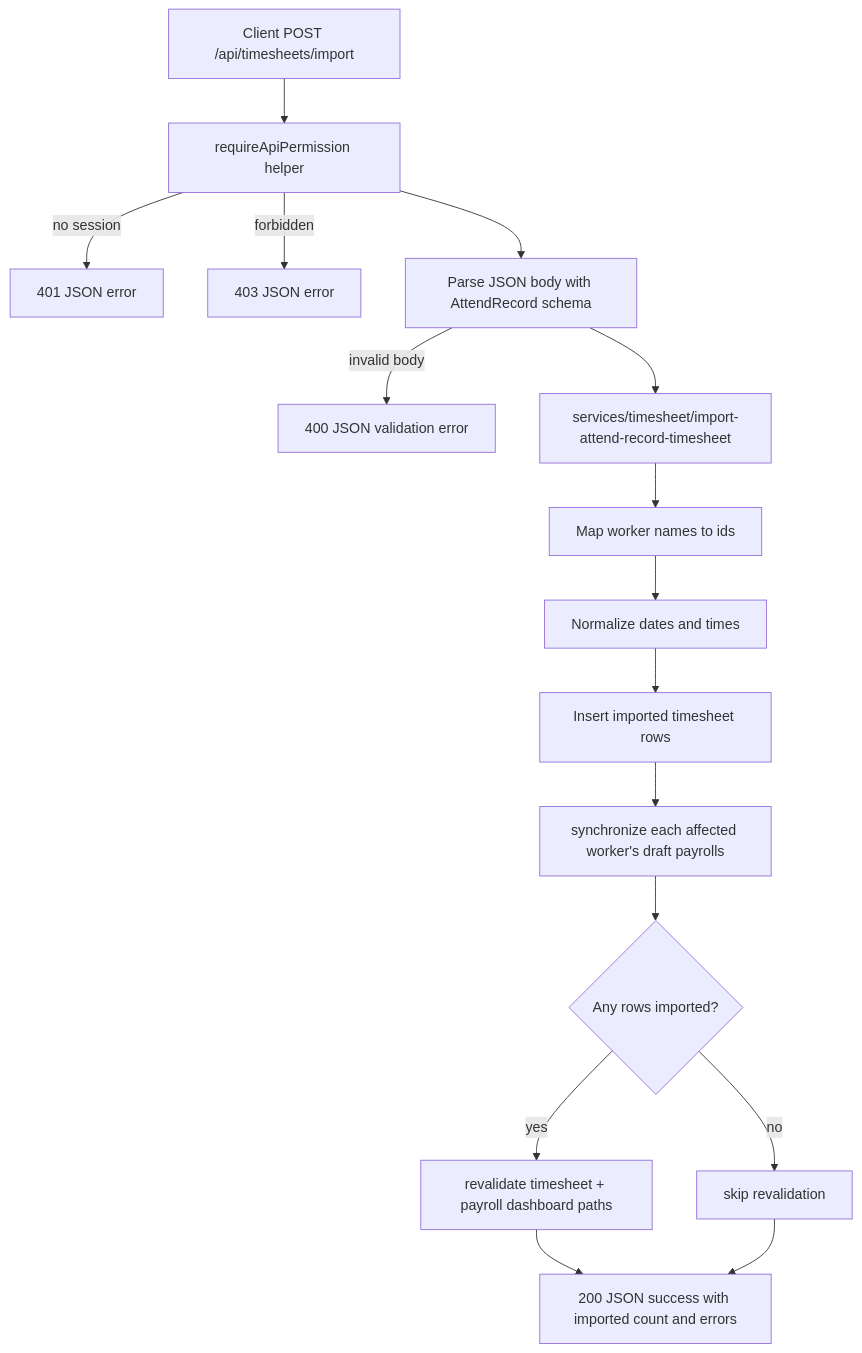
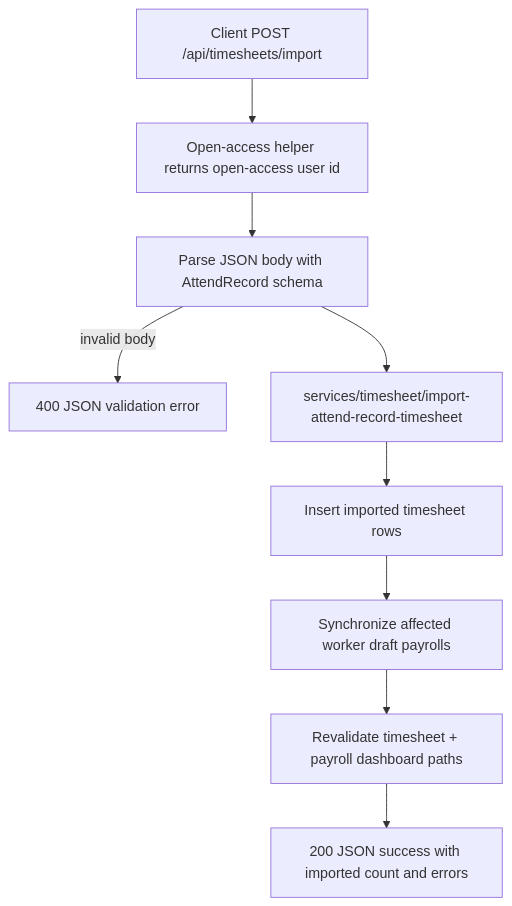
The fourth of 5 diagrams in .codex/docs/api-workflows.md (daniellim922/One-Laundry-Project-Alpha-v1), drawn with Mermaid before and after one commit. The commit also changed other lines of this file and 7 other files, not shown here.

````diff
--- a/.codex/docs/api-workflows.md
+++ b/.codex/docs/api-workflows.md
@@ -206,18 +72,11 @@
 ```mermaid
 flowchart TD
-    A[Client POST /api/timesheets/import] --> B[requireApiPermission helper]
-    B -->|no session| C[401 JSON error]
-    B -->|forbidden| D[403 JSON error]
-    B --> E[Parse JSON body with AttendRecord schema]
-    E -->|invalid body| F[400 JSON validation error]
-    E --> G[services/timesheet/import-attend-record-timesheet]
-    G --> H[Map worker names to ids]
-    H --> I[Normalize dates and times]
-    I --> J[Insert imported timesheet rows]
-    J --> K[synchronize each affected worker's draft payrolls]
-    K --> L{Any rows imported?}
-    L -->|yes| M[revalidate timesheet + payroll dashboard paths]
-    L -->|no| N[skip revalidation]
-    M --> O[200 JSON success with imported count and errors]
-    N --> O
+    A[Client POST /api/timesheets/import] --> B[Open-access helper returns open-access user id]
+    B --> C[Parse JSON body with AttendRecord schema]
+    C -->|invalid body| D[400 JSON validation error]
+    C --> E[services/timesheet/import-attend-record-timesheet]
+    E --> F[Insert imported timesheet rows]
+    F --> G[Synchronize affected worker draft payrolls]
+    G --> H[Revalidate timesheet + payroll dashboard paths]
+    H --> I[200 JSON success with imported count and errors]
 ```
````
